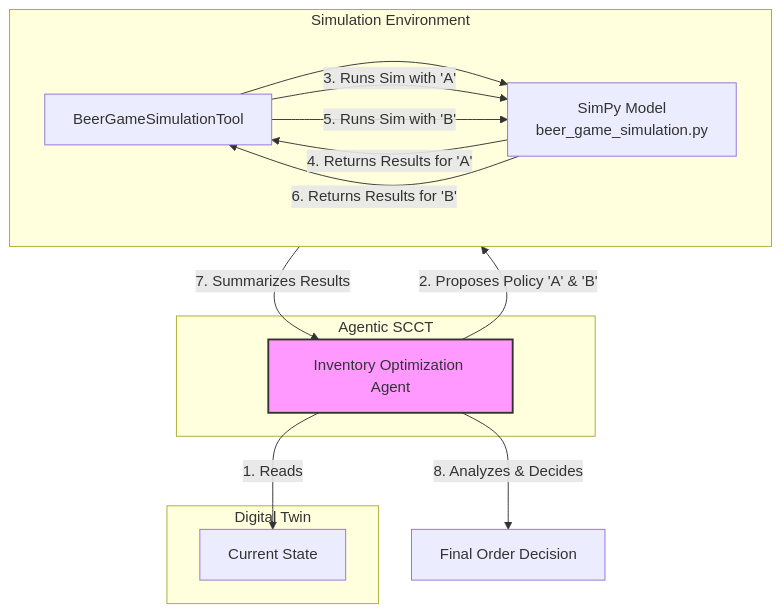
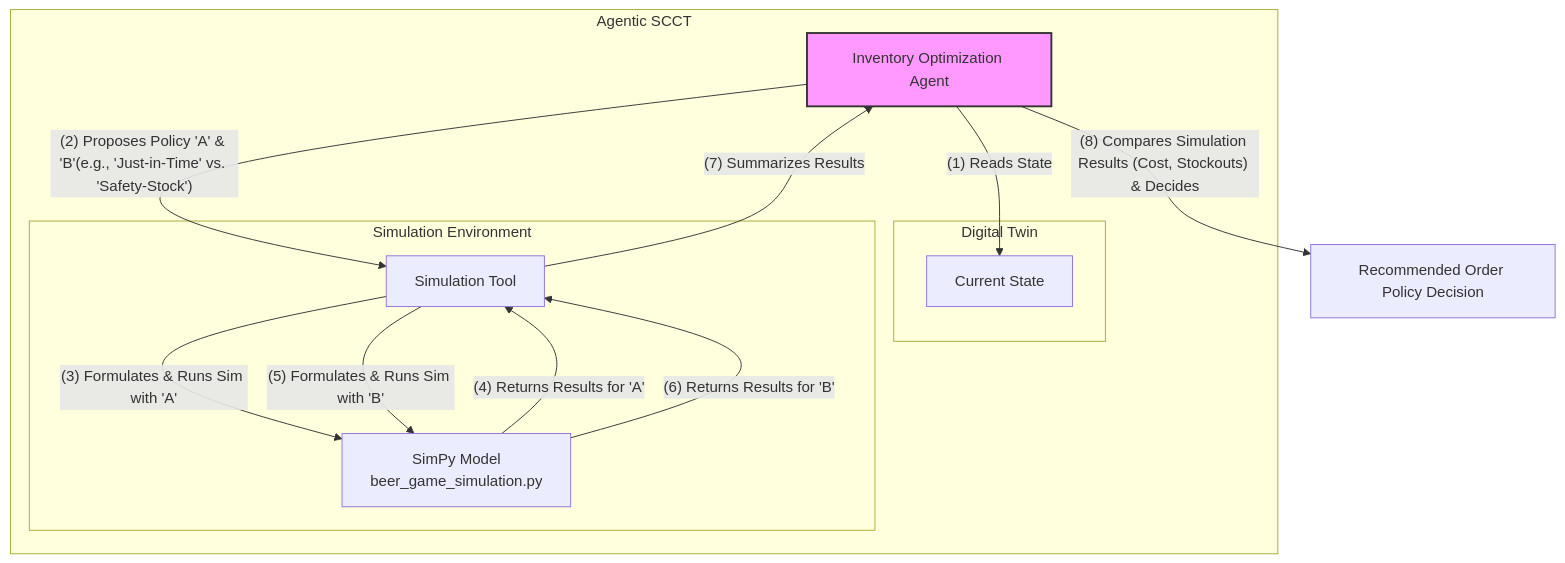
The fourth of 5 diagrams in instructions/project_guide.md (digital-supplychain/agentic-controltower), drawn with Mermaid before and after one commit. The commit also changed other lines of this file and 4 other files, not shown here.

Commit message:
Modifying Readme.md to include architecture diagram and logo. Updated project guide and pyproject.toml for new assets.

````diff
--- a/instructions/project_guide.md
+++ b/instructions/project_guide.md
@@ -244,26 +244,27 @@
 ```mermaid
 graph TD
     subgraph Agentic SCCT
         IOA[Inventory Optimization Agent]
+        
+        subgraph Digital Twin
+            DT[Current State]
+        end
+
+        subgraph Simulation Environment
+            Tool[Simulation Tool]
+            Sim[SimPy Model <br/> beer_game_simulation.py]
+        end
     end
 
-    subgraph Digital Twin
-        DT[Current State]
-    end
 
-    subgraph Simulation Environment
-        direction LR
-        Tool[BeerGameSimulationTool] --> Sim[SimPy Model <br/> beer_game_simulation.py];
-    end
-
-    IOA -- "1. Reads" --> DT;
-    IOA -- "2. Proposes Policy 'A' & 'B'" --> Tool;
-    Tool -- "3. Runs Sim with 'A'" --> Sim;
-    Sim -- "4. Returns Results for 'A'" --> Tool;
-    Tool -- "5. Runs Sim with 'B'" --> Sim;
-    Sim -- "6. Returns Results for 'B'" --> Tool;
-    Tool -- "7. Summarizes Results" --> IOA;
-    IOA -- "8. Analyzes & Decides" --> Output[Final Order Decision];
+    IOA -- "(1) Reads State" --> DT;
+    IOA -- "(2) Proposes Policy 'A' & 'B'(e.g., 'Just-in-Time' vs. 'Safety-Stock') " --> Tool;
+    Tool -- "(3) Formulates & Runs Sim with 'A'" --> Sim;
+    Sim -- "(4) Returns Results for 'A'" --> Tool;
+    Tool -- "(5) Formulates & Runs Sim with 'B'" --> Sim;
+    Sim -- "(6) Returns Results for 'B'" --> Tool;
+    Tool -- "(7) Summarizes Results" --> IOA;
+    IOA -- "(8) Compares Simulation Results (Cost, Stockouts) & Decides" --> Output[Recommended Order Policy Decision];
 
     style IOA fill:#f9f,stroke:#333,stroke-width:2px
 ```
````
